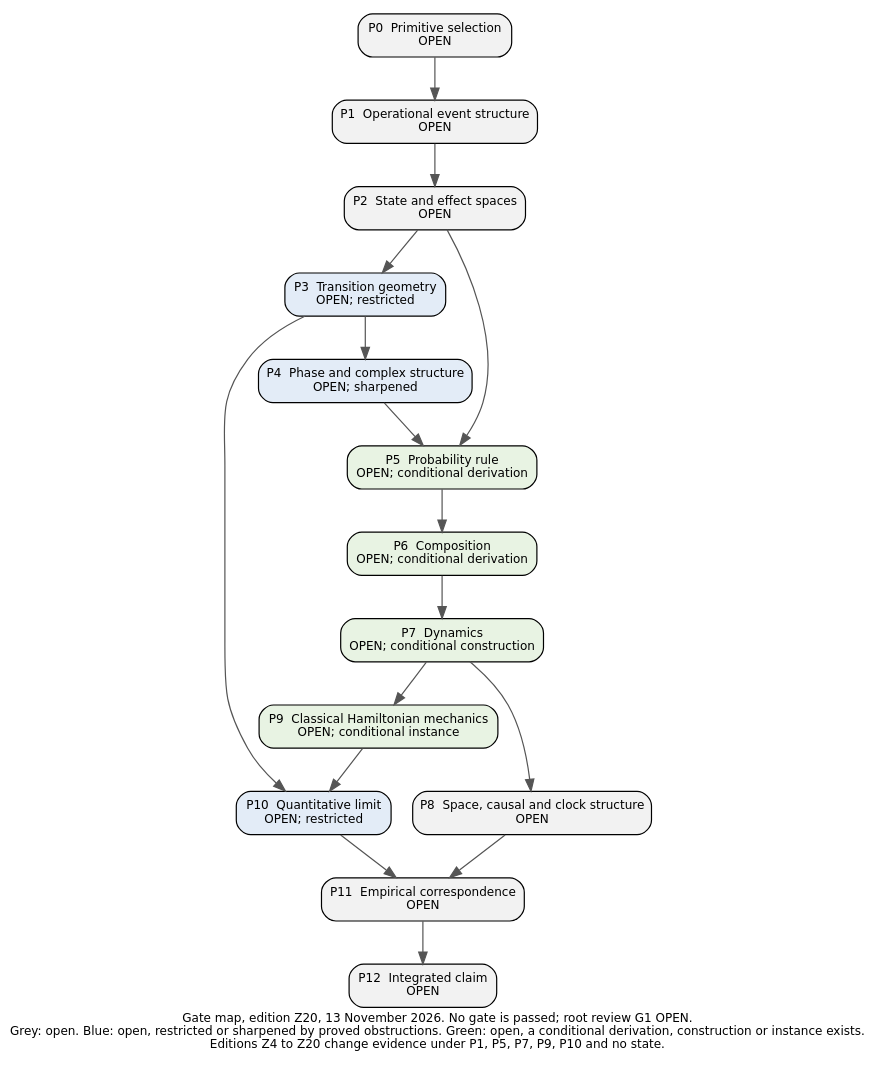
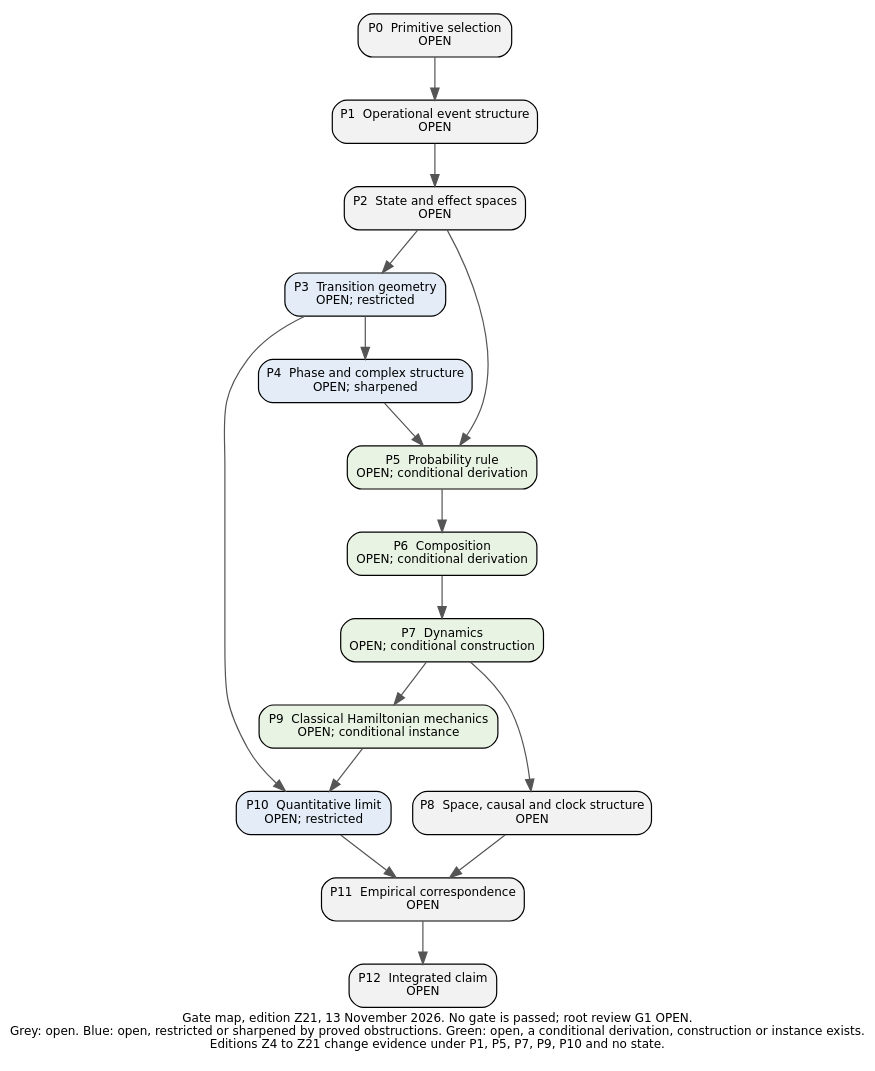
One commit to KirtusJ/From-Prephysical-Hypotheses-to-Physical-Models changed the diagram in edition/PROGRAM/figures/Gate_Map_2026-11-13.dot. Above: the diagram before and after it, drawn with Graphviz. The commit also changed 99 other files, not shown here.

```diff
--- a/edition/PROGRAM/figures/Gate_Map_2026-11-13.dot
+++ b/edition/PROGRAM/figures/Gate_Map_2026-11-13.dot
@@ -1,30 +1,30 @@
-digraph G { rankdir=TB; node [shape=box, style="filled,rounded", fontname="DejaVu Sans", fontsize=10, margin="0.12,0.07"]; edge [color="#555555"]; label="Gate map, edition Z20, 13 November 2026. No gate is passed; root review G1 OPEN.\nGrey: open. Blue: open, restricted or sharpened by proved obstructions. Green: open, a conditional derivation, construction or instance exists.\nEditions Z4 to Z20 change evidence under P1, P5, P7, P9, P10 and no state."; fontname="DejaVu Sans"; fontsize=10; labelloc=b;
+digraph G { rankdir=TB; node [shape=box, style="filled,rounded", fontname="DejaVu Sans", fontsize=10, margin="0.12,0.07"]; edge [color="#555555"]; label="Gate map, edition Z21, 13 November 2026. No gate is passed; root review G1 OPEN.\nGrey: open. Blue: open, restricted or sharpened by proved obstructions. Green: open, a conditional derivation, construction or instance exists.\nEditions Z4 to Z21 change evidence under P1, P5, P7, P9, P10 and no state."; fontname="DejaVu Sans"; fontsize=10; labelloc=b;
 P0 [label="P0  Primitive selection\nOPEN", fillcolor="#f2f2f2"];
 P1 [label="P1  Operational event structure\nOPEN", fillcolor="#f2f2f2"];
 P2 [label="P2  State and effect spaces\nOPEN", fillcolor="#f2f2f2"];
 P3 [label="P3  Transition geometry\nOPEN; restricted", fillcolor="#e3ecf7"];
 P4 [label="P4  Phase and complex structure\nOPEN; sharpened", fillcolor="#e3ecf7"];
 P5 [label="P5  Probability rule\nOPEN; conditional derivation", fillcolor="#e8f3e3"];
 P6 [label="P6  Composition\nOPEN; conditional derivation", fillcolor="#e8f3e3"];
 P7 [label="P7  Dynamics\nOPEN; conditional construction", fillcolor="#e8f3e3"];
 P8 [label="P8  Space, causal and clock structure\nOPEN", fillcolor="#f2f2f2"];
 P9 [label="P9  Classical Hamiltonian mechanics\nOPEN; conditional instance", fillcolor="#e8f3e3"];
 P10 [label="P10  Quantitative limit\nOPEN; restricted", fillcolor="#e3ecf7"];
 P11 [label="P11  Empirical correspondence\nOPEN", fillcolor="#f2f2f2"];
 P12 [label="P12  Integrated claim\nOPEN", fillcolor="#f2f2f2"];
 P0 -> P1;
 P1 -> P2;
 P2 -> P3;
 P3 -> P4;
 P2 -> P5;
 P4 -> P5;
 P5 -> P6;
 P6 -> P7;
 P7 -> P8;
 P7 -> P9;
 P3 -> P10;
 P9 -> P10;
 P8 -> P11;
 P10 -> P11;
 P11 -> P12;
 }
```
